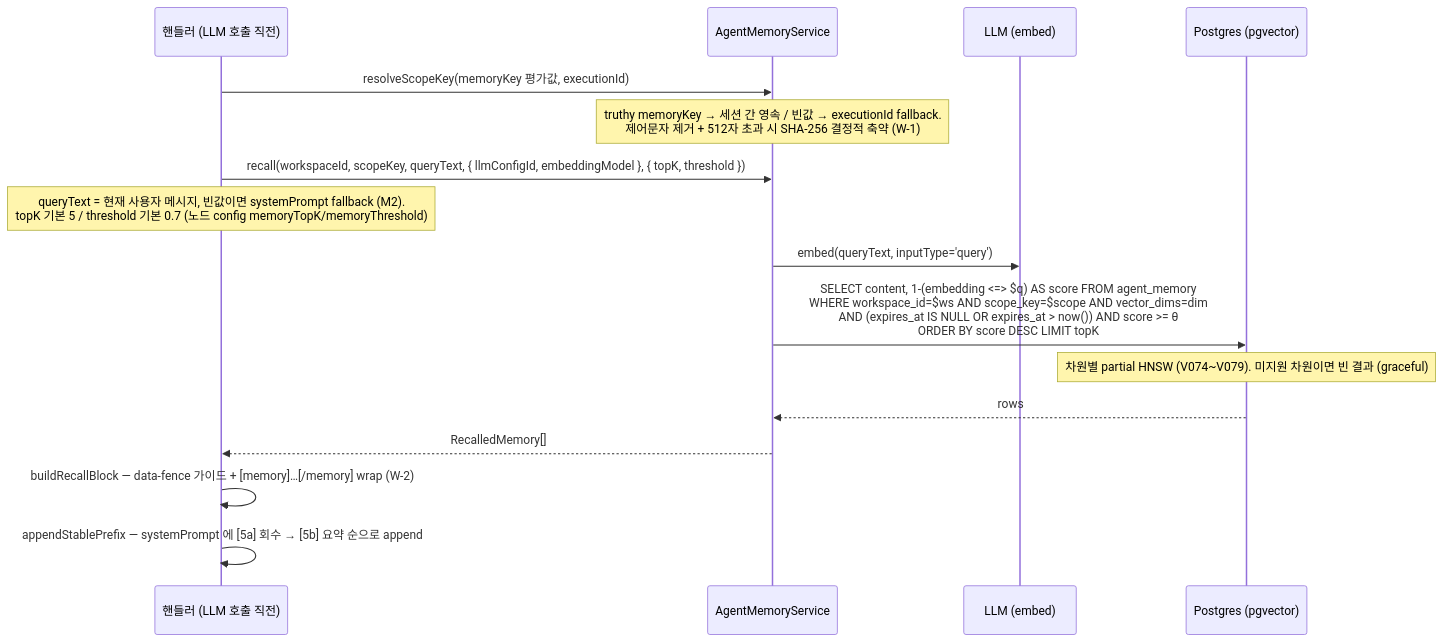
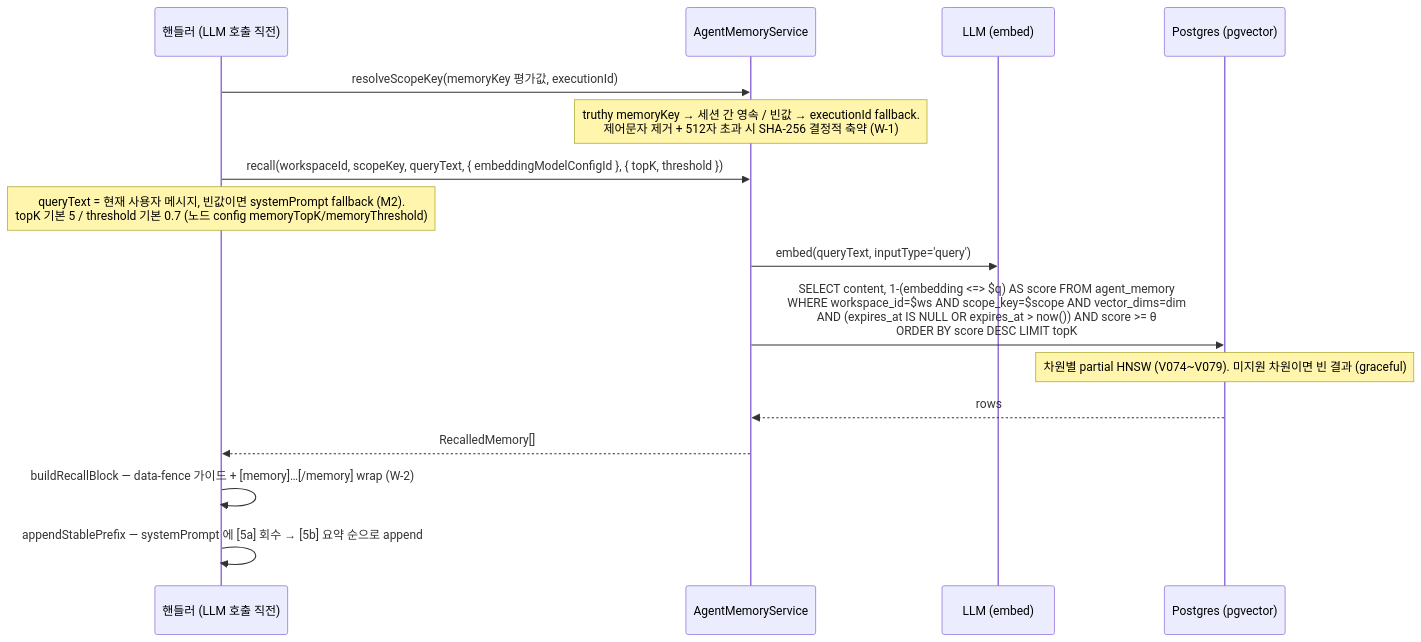
Before and after one commit to worker-ants/clemvion: the second of 3 diagrams in spec/data-flow/13-agent-memory.md, drawn with Mermaid. The commit also changed other lines of this file and 48 other files, not shown here.

First line of the commit message:
feat(nodes): agent-memory 모델 필드 → 등록 ModelConfig 선택 (config.id, provider 디커플) (#647)

````diff
--- a/spec/data-flow/13-agent-memory.md
+++ b/spec/data-flow/13-agent-memory.md
@@ -106,19 +106,19 @@
 ```mermaid
 sequenceDiagram
   participant H as 핸들러 (LLM 호출 직전)
   participant Svc as AgentMemoryService
   participant Le as LLM (embed)
   participant PG as Postgres (pgvector)
 
   H->>Svc: resolveScopeKey(memoryKey 평가값, executionId)
   Note over Svc: truthy memoryKey → 세션 간 영속 / 빈값 → executionId fallback.<br/>제어문자 제거 + 512자 초과 시 SHA-256 결정적 축약 (W-1)
-  H->>Svc: recall(workspaceId, scopeKey, queryText, { llmConfigId, embeddingModel }, { topK, threshold })
+  H->>Svc: recall(workspaceId, scopeKey, queryText, { embeddingModelConfigId }, { topK, threshold })
   Note over H: queryText = 현재 사용자 메시지, 빈값이면 systemPrompt fallback (M2).<br/>topK 기본 5 / threshold 기본 0.7 (노드 config memoryTopK/memoryThreshold)
   Svc->>Le: embed(queryText, inputType='query')
   Svc->>PG: SELECT content, 1-(embedding <=> $q) AS score FROM agent_memory<br/>WHERE workspace_id=$ws AND scope_key=$scope AND vector_dims=dim<br/>AND (expires_at IS NULL OR expires_at > now()) AND score >= θ<br/>ORDER BY score DESC LIMIT topK
   Note over PG: 차원별 partial HNSW (V074~V079). 미지원 차원이면 빈 결과 (graceful)
   PG-->>Svc: rows
   Svc-->>H: RecalledMemory[]
   H->>H: buildRecallBlock — data-fence 가이드 + [memory]…[/memory] wrap (W-2)
   H->>H: appendStablePrefix — systemPrompt 에 [5a] 회수 → [5b] 요약 순으로 append
 ```
````
